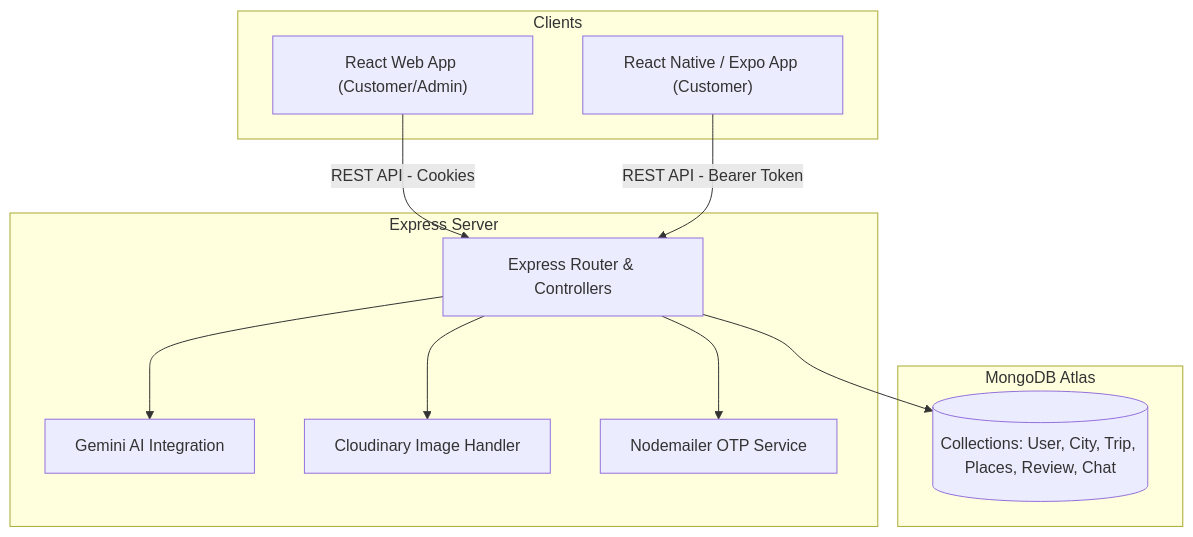
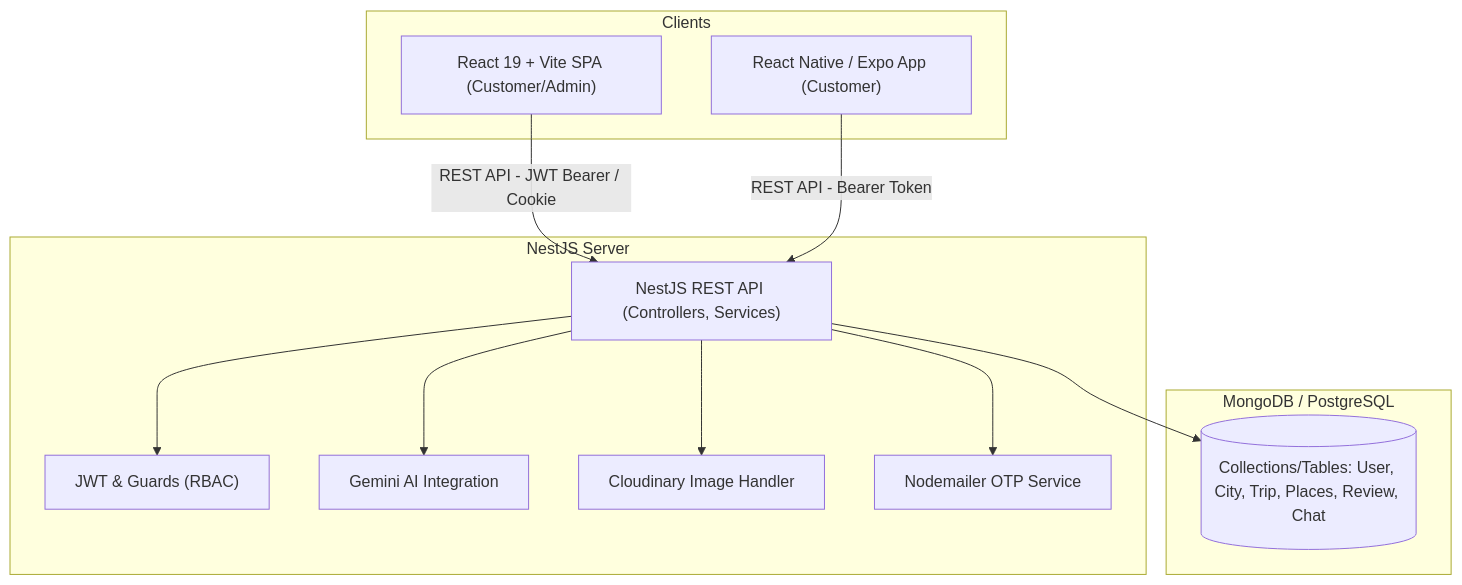
One commit to ThieuMinhDuy/TravelLakoFE_WEB changed the diagram in docs/01_Introduction.md. Above: the diagram before and after it, drawn with Mermaid. The commit also changed other lines of this file and 25 other files, not shown here.

Commit message:
refactor: tái cấu trúc thư mục SPA React Vite theo feature-based và cập nhật tài liệu

````diff
--- a/docs/01_Introduction.md
+++ b/docs/01_Introduction.md
@@ -19,25 +19,27 @@
 ```mermaid
 graph TD
     subgraph Clients
-        Web["React Web App (Customer/Admin)"]
+        Web["React 19 + Vite SPA (Customer/Admin)"]
         Mobile["React Native / Expo App (Customer)"]
     end
 
-    subgraph Backend [Express Server]
-        API["Express Router & Controllers"]
+    subgraph Backend [NestJS Server]
+        API["NestJS REST API (Controllers, Services)"]
+        Auth["JWT & Guards (RBAC)"]
         AI["Gemini AI Integration"]
         CDN["Cloudinary Image Handler"]
         Mail["Nodemailer OTP Service"]
     end
 
-    subgraph Database [MongoDB Atlas]
-        DB[(Collections: User, City, Trip, Places, Review, Chat)]
+    subgraph Database [MongoDB / PostgreSQL]
+        DB[(Collections/Tables: User, City, Trip, Places, Review, Chat)]
     end
 
-    Web -->|REST API - Cookies| API
+    Web -->|REST API - JWT Bearer / Cookie| API
     Mobile -->|REST API - Bearer Token| API
+    API --> Auth
     API --> DB
     API --> AI
     API --> CDN
     API --> Mail
 ```
````
